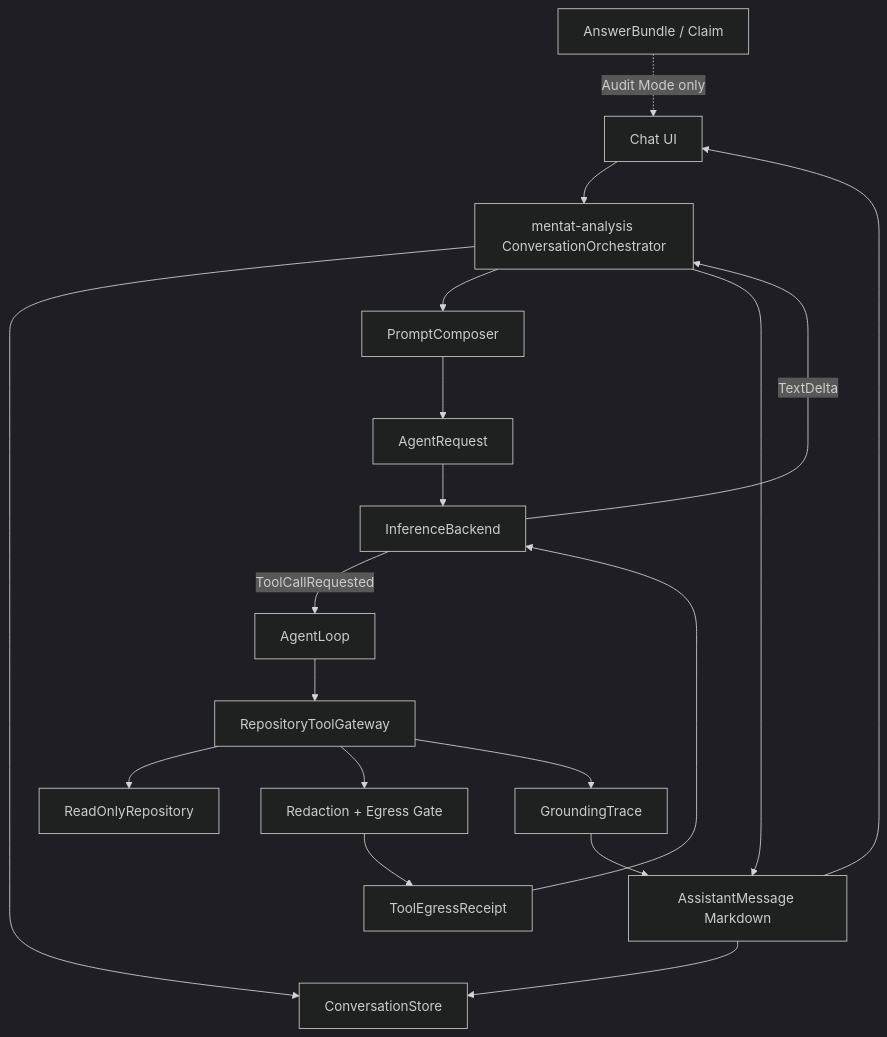
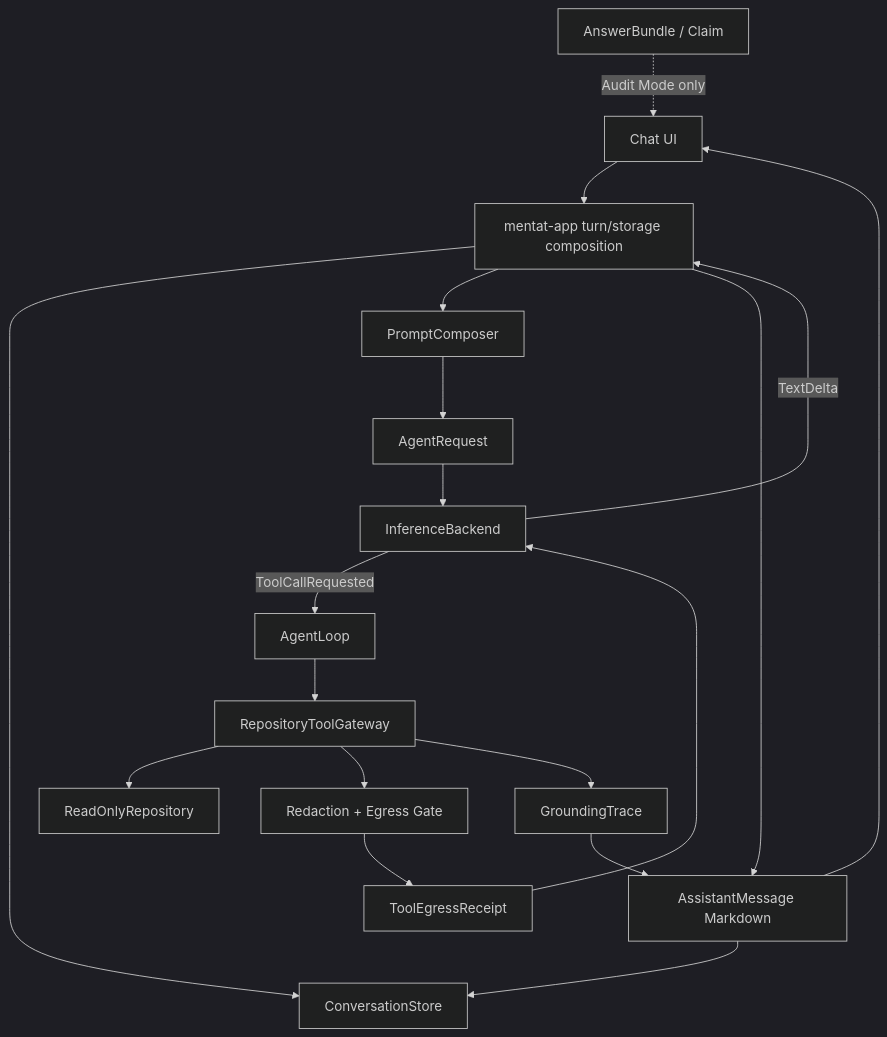
The first of 2 diagrams in SYSTEM_ARCHITECTURE.md (Yupkidangju/CodeMentat), drawn with Mermaid (dark theme) before and after one commit. The commit also changed other lines of this file and 33 other files, not shown here.

````diff
--- a/SYSTEM_ARCHITECTURE.md
+++ b/SYSTEM_ARCHITECTURE.md
@@ -11,21 +11,21 @@
 ```mermaid
 flowchart TD
-    UI[Chat UI] --> CO[mentat-analysis ConversationOrchestrator]
+    UI[Chat UI] --> CO[mentat-app turn/storage composition]
     CO --> CS[ConversationStore]
     CO --> PC[PromptComposer]
     PC --> AR[AgentRequest]
     AR --> IB[InferenceBackend]
     IB -->|TextDelta| CO
     IB -->|ToolCallRequested| AL[AgentLoop]
     AL --> RTG[RepositoryToolGateway]
     RTG --> RR[ReadOnlyRepository]
     RTG --> EF[Redaction + Egress Gate]
     EF --> TER[ToolEgressReceipt]
     TER --> IB
     RTG --> GT[GroundingTrace]
     CO --> AM[AssistantMessage Markdown]
     GT --> AM
     AM --> CS
     AM --> UI
     AB[AnswerBundle / Claim] -. Audit Mode only .-> UI
 ```
````
